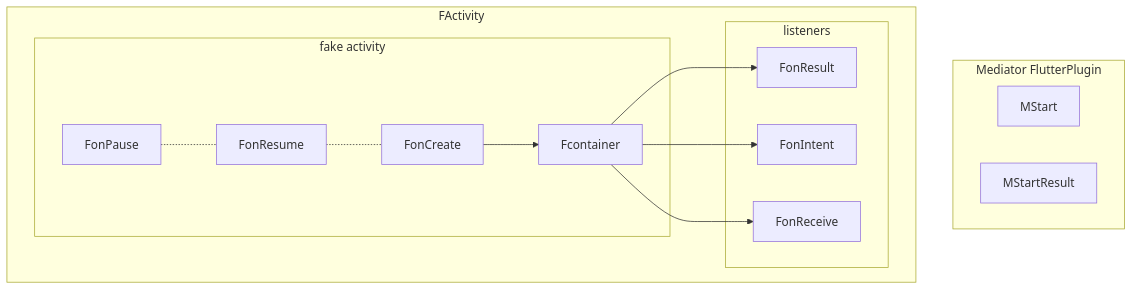
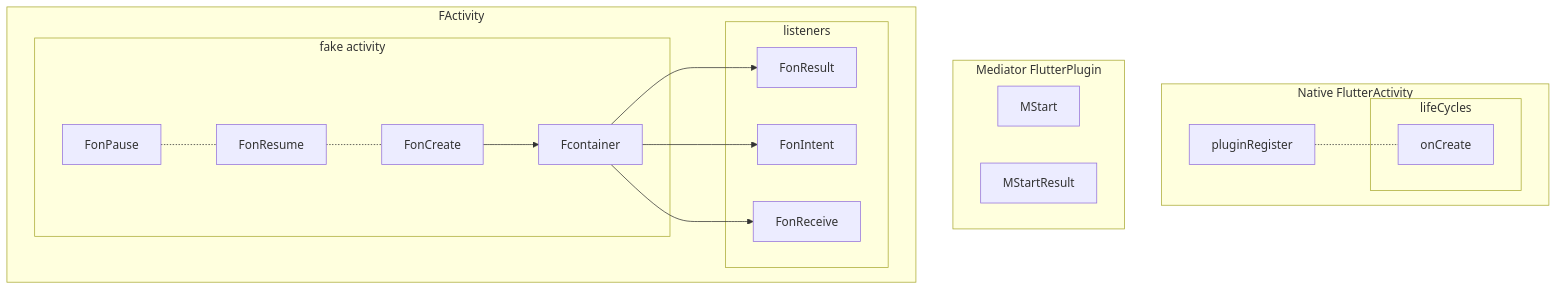
One commit to gordianknotC/nxp_note changed the diagram in flutter/addActivityResultListener.md. Above: the diagram before and after it, drawn with Mermaid. The commit also changed other lines of this file, not shown here.

Commit message:
flutter/addActivityResultListener.md updated from https://stackedit.io/

````diff
--- a/flutter/addActivityResultListener.md
+++ b/flutter/addActivityResultListener.md
@@ -11,34 +11,42 @@
 ```mermaid
 graph TB
-	
+	subgraph Native FlutterActivity
+		pluginRegister
+		lifeCycles
+		pluginRegister -.- onCreate
+		subgraph lifeCycles
+			onCreate
+			
+		end
+	end
 	subgraph Mediator FlutterPlugin
 		MStart
 		MStartResult
 	end
 	
 	subgraph FActivity
 		FonCreate
 		FonPause 
 		FonResume 
 		FonResult 
 		FonIntent 
 		FonReceive 
 		
 		subgraph fake activity
 			FonPause -.- FonResume
 			FonResume -.- FonCreate
 			FonCreate --> Fcontainer
 		end
 		
 		subgraph listeners
 			Fcontainer --> FonIntent
 			Fcontainer --> FonResult
 			Fcontainer --> FonReceive
 		end
 		
 		
 		
 	end
 
 
 ```
````
